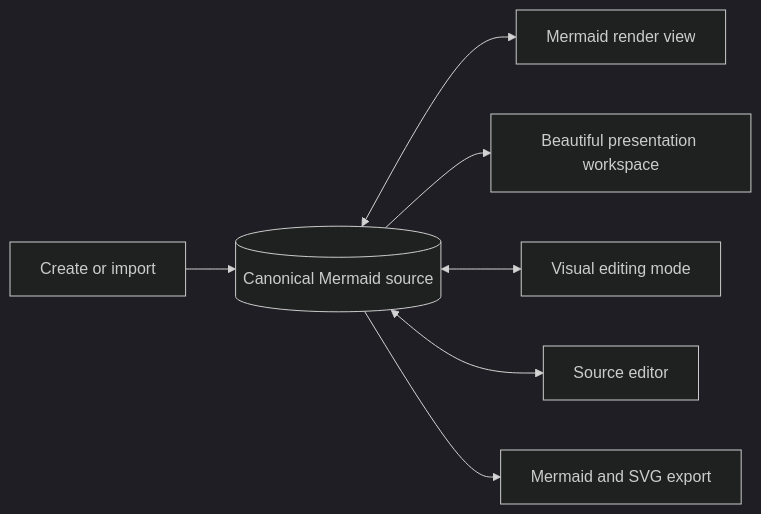
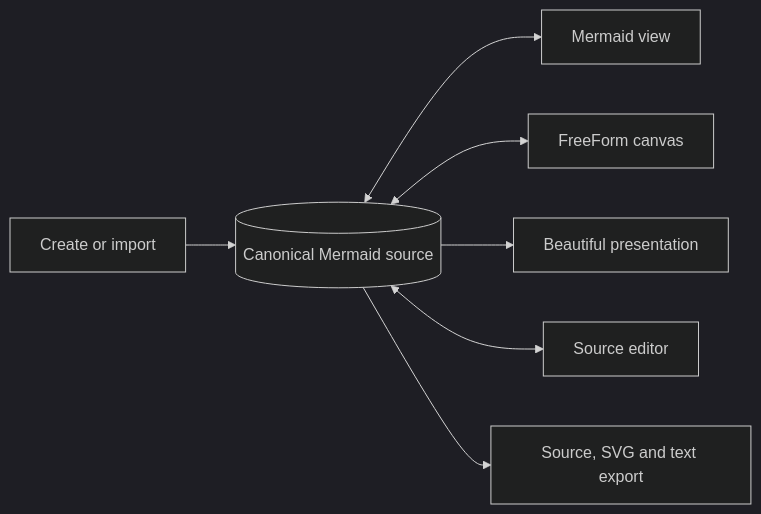
The diagram in README.md (AngelaDMerkel/Mermade), drawn with Mermaid (dark theme) before and after one commit. The commit also changed other lines of this file and 41 other files, not shown here.

First line of the commit message:
feat(editor)!: focus editing on Mermaid flowcharts

````diff
--- a/README.md
+++ b/README.md
@@ -38,9 +16,9 @@
 ```mermaid
 flowchart LR
   I[Create or import] --> S[(Canonical Mermaid source)]
-  S <--> M[Mermaid render view]
-  S --> B[Beautiful presentation workspace]
-  S <--> V[Visual editing mode]
+  S <--> M[Mermaid view]
+  S <--> F[FreeForm canvas]
+  S --> B[Beautiful presentation]
   S <--> E[Source editor]
-  S --> X[Mermaid and SVG export]
+  S --> X[Source, SVG and text export]
 ```
````
